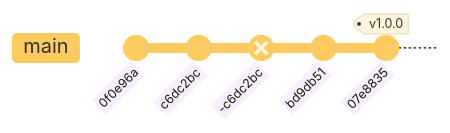
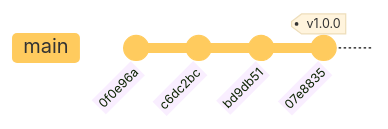
Before and after one commit to umr-marbec/git-training: the eighth of 16 diagrams in slides-git-quarto/slides-training.qmd, drawn with Mermaid. The commit also changed other lines of this file and 2 other files, not shown here.

````diff
--- a/slides-git-quarto/slides-training.qmd
+++ b/slides-git-quarto/slides-training.qmd
@@ -280,11 +260,10 @@
 ```{mermaid}
 %%| fig-width: 10
 %%| fig-height: 1
 %%{init: { 'logLevel': 'debug', 'theme': 'base', 'gitGraph': {'rotateCommitLabel': true}}}%%
 gitGraph
     commit id: "0f0e96a"
     commit id: "c6dc2bc"
-    commit id: "-c6dc2bc" type: REVERSE
     commit id: "bd9db51"
     commit id: "07e8835" tag: "v1.0.0"
 ```
````
